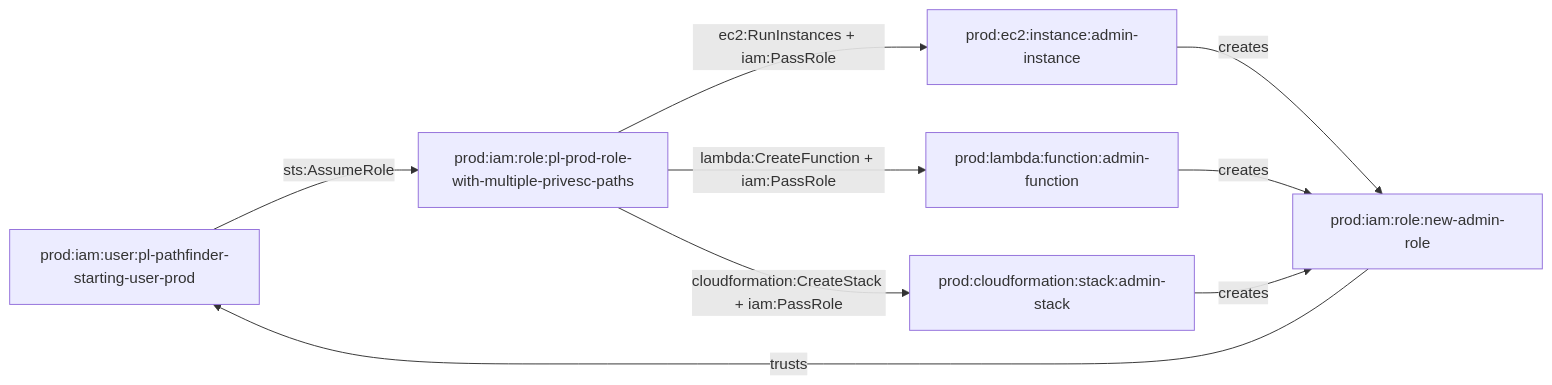
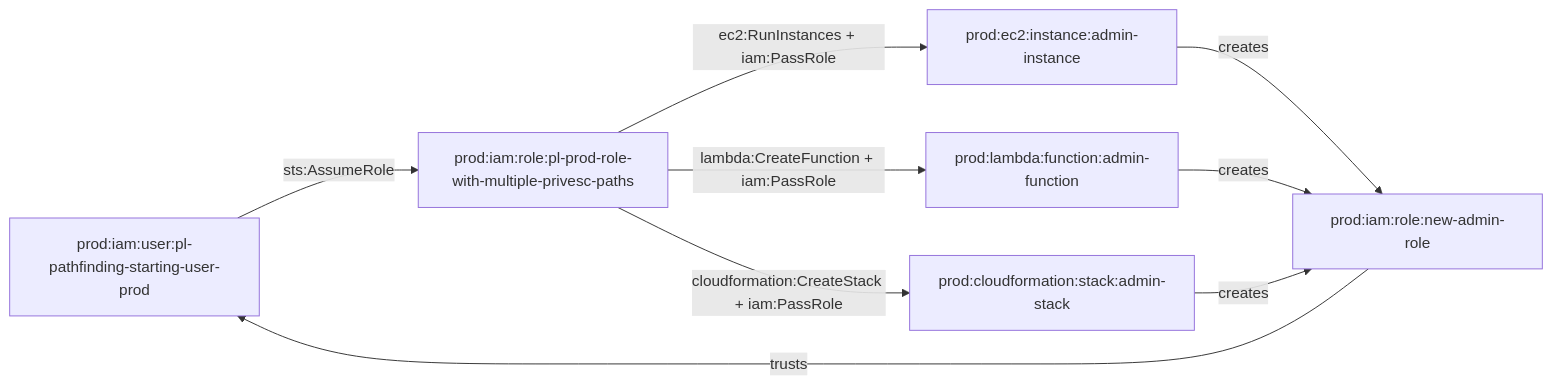
One commit to DataDog/pathfinding-labs changed the diagram in modules/scenarios/single-account/privesc-multi-hop/to-admin/multiple-paths-combined/README.md. Above: the diagram before and after it, drawn with Mermaid. The commit also changed other lines of this file and 67 other files, not shown here.

First line of the commit message:
Rename project from pathfinder-labs to pathfinding-labs

````diff
--- a/modules/scenarios/single-account/privesc-multi-hop/to-admin/multiple-paths-combined/README.md
+++ b/modules/scenarios/single-account/privesc-multi-hop/to-admin/multiple-paths-combined/README.md
@@ -23,11 +23,11 @@
 ```mermaid
 graph LR
-    A[prod:iam:user:pl-pathfinder-starting-user-prod] -->|sts:AssumeRole| B[prod:iam:role:pl-prod-role-with-multiple-privesc-paths]
+    A[prod:iam:user:pl-pathfinding-starting-user-prod] -->|sts:AssumeRole| B[prod:iam:role:pl-prod-role-with-multiple-privesc-paths]
     B -->|ec2:RunInstances + iam:PassRole| C[prod:ec2:instance:admin-instance]
     B -->|lambda:CreateFunction + iam:PassRole| D[prod:lambda:function:admin-function]
     B -->|cloudformation:CreateStack + iam:PassRole| E[prod:cloudformation:stack:admin-stack]
     C -->|creates| F[prod:iam:role:new-admin-role]
     D -->|creates| F
     E -->|creates| F
     F -->|trusts| A
 ```
````
